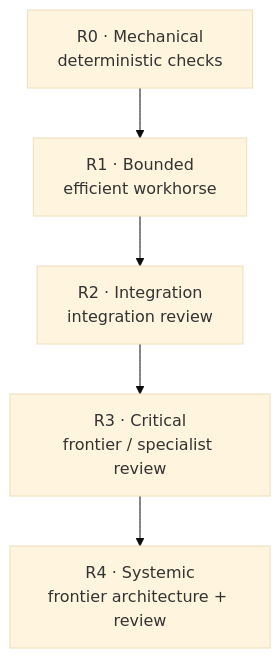
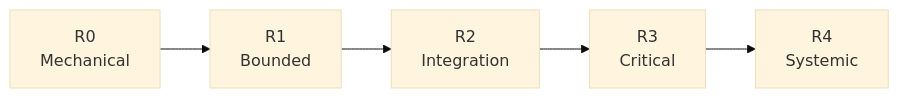
One commit to Strataward/durable-threads changed the diagram in plugins/durable-threads/skills/durable-threads/references/RISK_ROUTING.md. Above: the diagram before and after it, drawn with Mermaid (base theme). The commit also changed other lines of this file and 13 other files, not shown here.

````diff
--- a/plugins/durable-threads/skills/durable-threads/references/RISK_ROUTING.md
+++ b/plugins/durable-threads/skills/durable-threads/references/RISK_ROUTING.md
@@ -9,7 +9,4 @@
 ```mermaid
-flowchart TB
-    R0["R0 · Mechanical<br/>deterministic checks"] --> R1["R1 · Bounded<br/>efficient workhorse"]
-    R1 --> R2["R2 · Integration<br/>integration review"]
-    R2 --> R3["R3 · Critical<br/>frontier / specialist review"]
-    R3 --> R4["R4 · Systemic<br/>frontier architecture + review"]
+flowchart LR
+    R0["R0<br/>Mechanical"] --> R1["R1<br/>Bounded"] --> R2["R2<br/>Integration"] --> R3["R3<br/>Critical"] --> R4["R4<br/>Systemic"]
 ```
````
